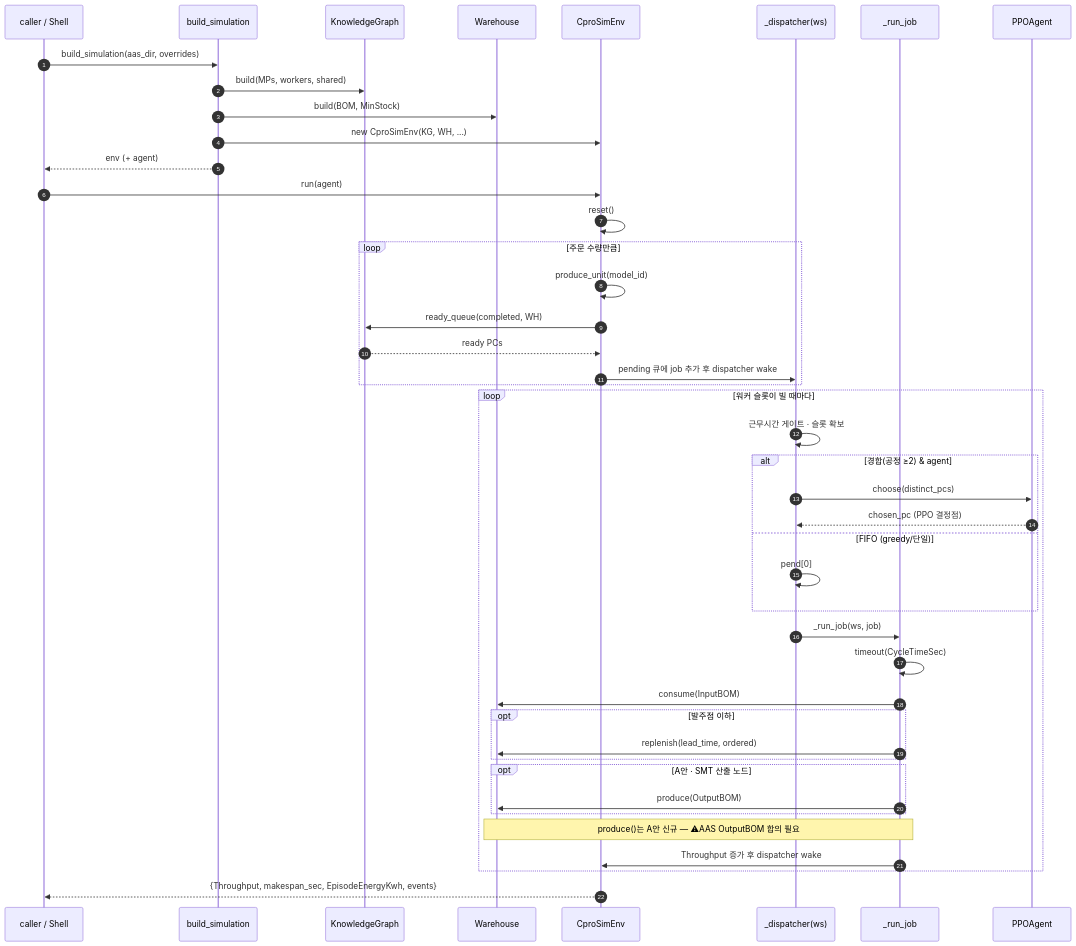
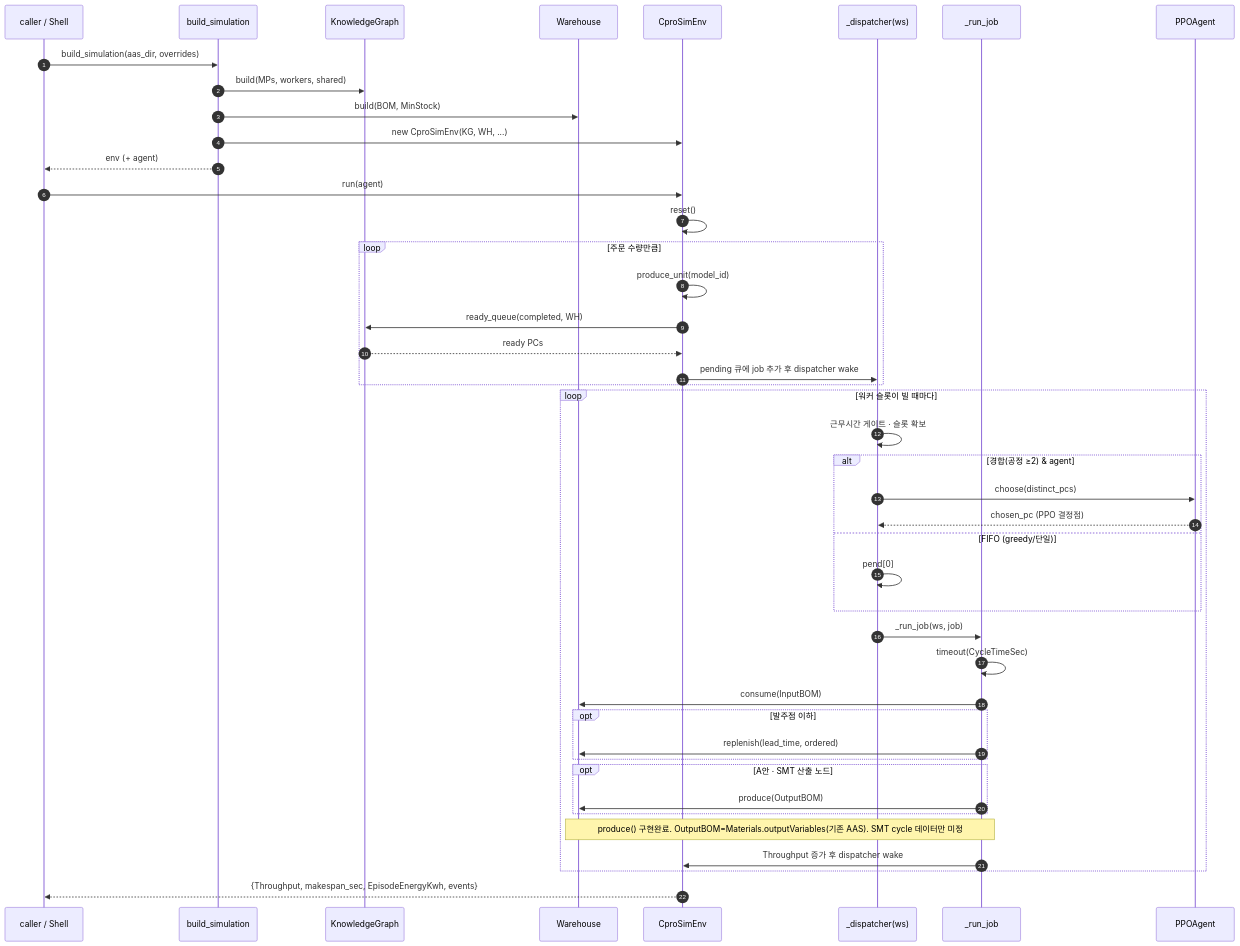
One commit to melpes/CPRO_simulation changed the third of 4 diagrams in UML.md. Above: the diagram before and after it, drawn with Mermaid. The commit also changed other lines of this file and 11 other files, not shown here.

First line of the commit message:
SMT 라인 통합(A안) + cpro_factory wiring 단일화 + 캡슐화 UML

````diff
--- a/UML.md
+++ b/UML.md
@@ -165,48 +172,48 @@
 ```mermaid
 sequenceDiagram
   autonumber
   participant C as caller / Shell
   participant F as build_simulation
   participant KG as KnowledgeGraph
   participant WH as Warehouse
   participant E as CproSimEnv
   participant D as _dispatcher(ws)
   participant J as _run_job
   participant AG as PPOAgent
 
   C->>F: build_simulation(aas_dir, overrides)
   F->>KG: build(MPs, workers, shared)
   F->>WH: build(BOM, MinStock)
   F->>E: new CproSimEnv(KG, WH, ...)
   F-->>C: env (+ agent)
 
   C->>E: run(agent)
   E->>E: reset()
   loop 주문 수량만큼
     E->>E: produce_unit(model_id)
     E->>KG: ready_queue(completed, WH)
     KG-->>E: ready PCs
     E->>D: pending 큐에 job 추가 후 dispatcher wake
   end
   loop 워커 슬롯이 빌 때마다
     D->>D: 근무시간 게이트 · 슬롯 확보
     alt 경합(공정 ≥2) & agent
       D->>AG: choose(distinct_pcs)
       AG-->>D: chosen_pc  (PPO 결정점)
     else FIFO (greedy/단일)
       D->>D: pend[0]
     end
     D->>J: _run_job(ws, job)
     J->>J: timeout(CycleTimeSec)
     J->>WH: consume(InputBOM)
     opt 발주점 이하
       J->>WH: replenish(lead_time, ordered)
     end
     opt A안 · SMT 산출 노드
       J->>WH: produce(OutputBOM)
     end
-    Note over J,WH: produce()는 A안 신규 — ⚠AAS OutputBOM 합의 필요
+    Note over J,WH: produce() 구현완료. OutputBOM=Materials.outputVariables(기존 AAS). SMT cycle 데이터만 미정
     J->>E: Throughput 증가 후 dispatcher wake
   end
   E-->>C: {Throughput, makespan_sec, EpisodeEnergyKwh, events}
 ```
````
